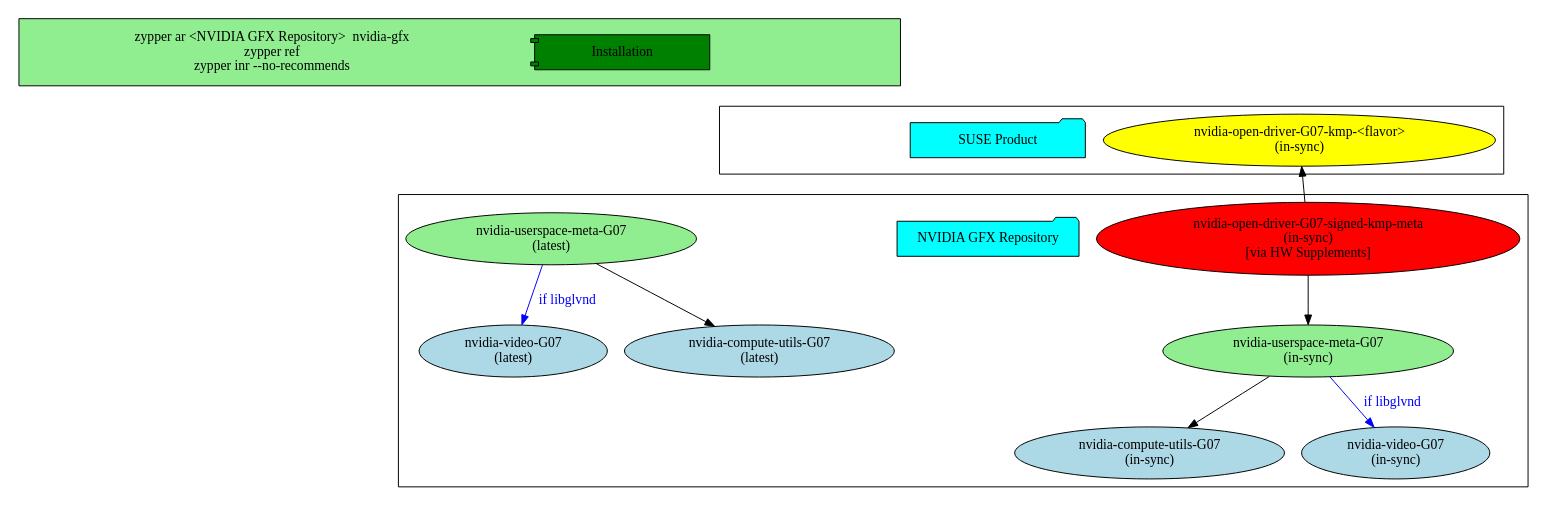
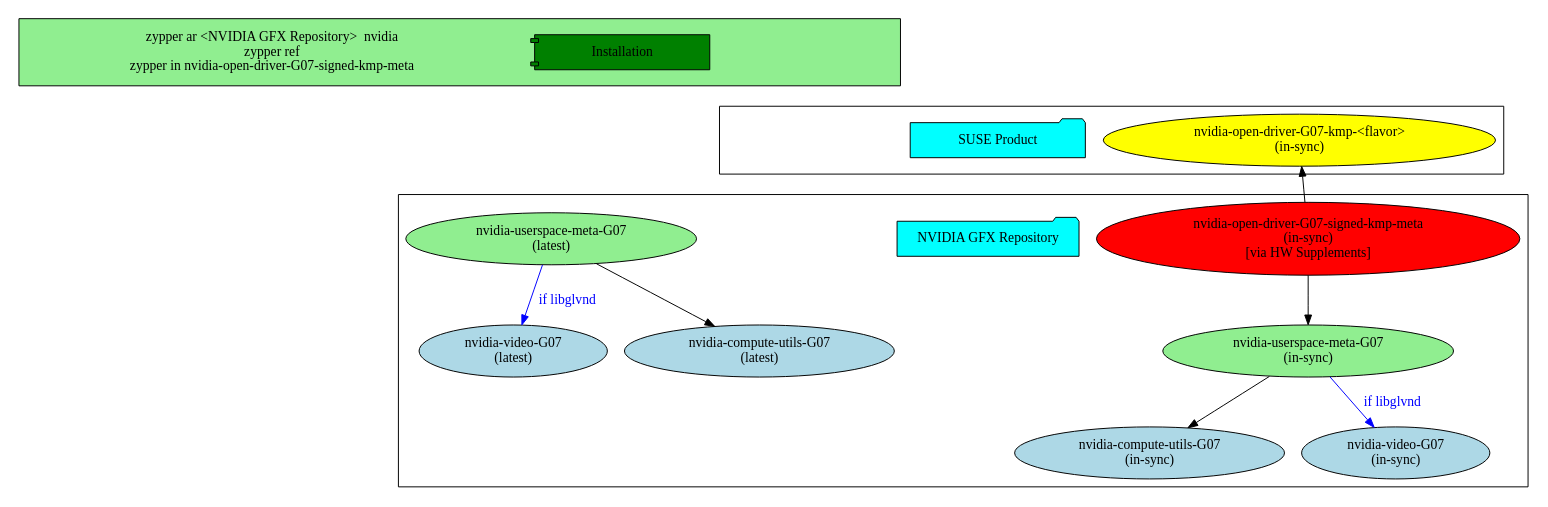
One commit to sndirsch/sndirsch.github.io changed the diagram in assets/src/2025-07-16-nvidia-drivers/repos.dot. Above: the diagram before and after it, drawn with Graphviz. The commit also changed 3 other files, not shown here.

```diff
--- a/assets/src/2025-07-16-nvidia-drivers/repos.dot
+++ b/assets/src/2025-07-16-nvidia-drivers/repos.dot
@@ -1,42 +1,42 @@
 digraph {
 	rankdir=TB;
 
 	// Dummy nodes to enforce vertical order
         cluster0_anchor [style=invisible];
         cluster1_anchor [style=invisible];
         cluster2_anchor [style=invisible];
 
 	// force vertical order
         cluster0_anchor -> cluster1_anchor [style=invis];
         cluster1_anchor -> cluster2_anchor [style=invis];
 	
         subgraph cluster_2 {
 		cluster2_anchor; // Dummy node inside cluster
                 repo_nvidia[fillcolor=aqua,style=filled,width=2.5,shape=folder,label="NVIDIA GFX Repository"]
                 open_meta[fillcolor=red,style=filled,label="nvidia-open-driver-G07-signed-kmp-meta\n(in-sync)\n[via HW Supplements]"]
                 userspace_meta_latest[fillcolor=lightgreen,style=filled,label="nvidia-userspace-meta-G07\n(latest)"]
                 userspace_meta_insync[fillcolor=lightgreen,style=filled,label="nvidia-userspace-meta-G07\n(in-sync)"]
                 compute_latest[fillcolor=lightblue,style=filled,label="nvidia-compute-utils-G07\n(latest)"]
                 compute_insync[fillcolor=lightblue,style=filled,label="nvidia-compute-utils-G07\n(in-sync)"]
                 video_latest[fillcolor=lightblue,style=filled,label="nvidia-video-G07\n(latest)"]
                 video_insync[fillcolor=lightblue,style=filled,label="nvidia-video-G07\n(in-sync)"]
         }
         subgraph cluster_1 {
 		cluster1_anchor; // Dummy node inside cluster
                 repo_suse[fillcolor=aqua,style=filled,width=2.5,shape=folder,label="SUSE Product"]
                 open[fillcolor=yellow,style=filled,label="nvidia-open-driver-G07-kmp-<flavor>\n(in-sync)"]
         }
         subgraph cluster_0{
 		cluster0_anchor; // Dummy node inside cluster
                 bgcolor="lightgreen"
                 repo_install[fillcolor=green,style=filled,width=2.5,shape=component,label="Installation"]
-                command1[shape=none,width=7,label="zypper ar <NVIDIA GFX Repository>  nvidia-gfx\nzypper ref\nzypper inr --no-recommends"]
+                command1[shape=none,width=7,label="zypper ar <NVIDIA GFX Repository>  nvidia\nzypper ref\nzypper in nvidia-open-driver-G07-signed-kmp-meta"]
         }
 
         open_meta -> open
         open_meta -> userspace_meta_insync
         userspace_meta_latest -> compute_latest
         userspace_meta_latest -> video_latest [color="blue",fontcolor="blue",label="if libglvnd"]
         userspace_meta_insync -> compute_insync
         userspace_meta_insync -> video_insync [color="blue",fontcolor="blue",label="if libglvnd"]
 }
```
